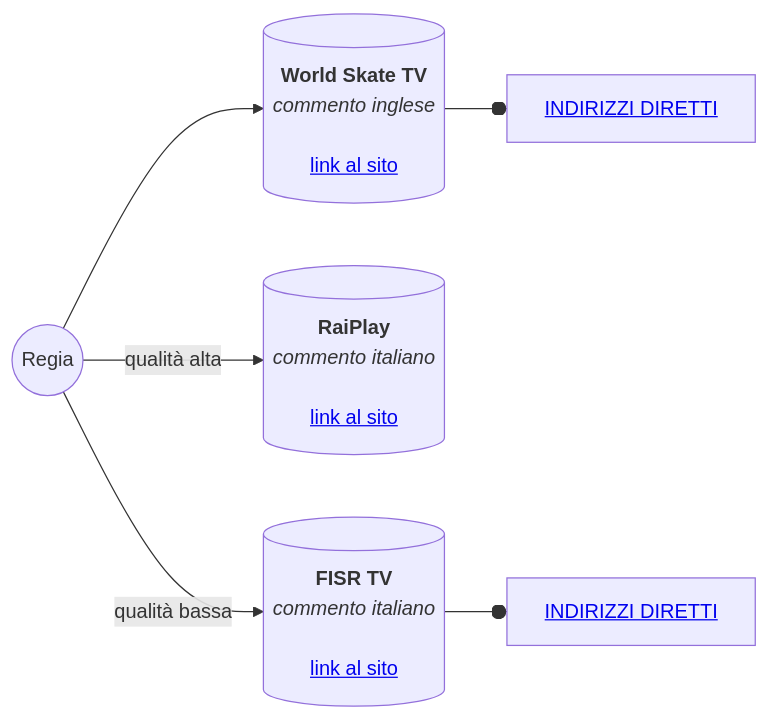
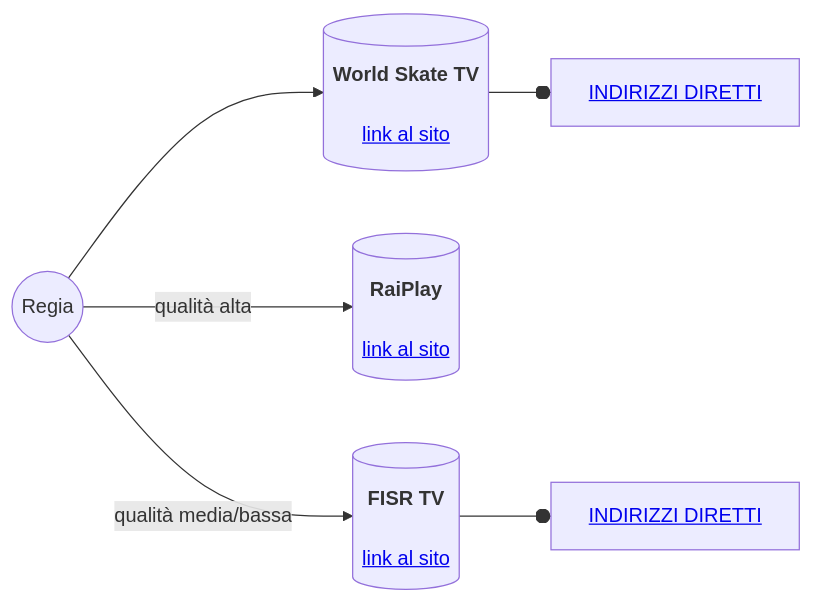
Before and after one commit to aiBR3/WSG2024-video: the diagram in README.md, drawn with Mermaid.

````diff
--- a/README.md
+++ b/README.md
@@ -3,8 +3,8 @@
 ```mermaid
 flowchart LR
-    Regia((Regia)) --> WSG[("<strong>World Skate TV</strong><br><i>commento inglese</i><br><br><a href="https://worldskate.tv/world-skate-games/wsg-2024/wsg-inline-speed-2024" target="_blank">link al sito</a>")]
-    Regia -- qualità alta --> Rai[("<strong>RaiPlay</strong><br><i>commento italiano</i><br><br><a href="https://www.raiplay.it/guidatv?channel=rai-sport" target="_blank">link al sito</a>")]
-    Regia -- qualità bassa --> FISR[("<strong>FISR TV</strong><br><i>commento italiano</i><br><br><a href="https://fisrtv.it/" target="_blank">link al sito</a>")]
+    Regia((Regia)) --> WSG[("<strong>World Skate TV</strong><br><br><a href="https://worldskate.tv/world-skate-games/wsg-2024/wsg-inline-speed-2024" target="_blank">link al sito</a>")]
+    Regia -- qualità alta --> Rai[("<strong>RaiPlay</strong><br><br><a href="https://www.raiplay.it/guidatv?channel=rai-sport" target="_blank">link al sito</a>")]
+    Regia -- qualità media/bassa --> FISR[("<strong>FISR TV</strong><br><br><a href="https://fisrtv.it/" target="_blank">link al sito</a>")]
     WSG --o WSG1["<a href="https://github.com/aiBR3/WSG2024-video#world-skate-tv">INDIRIZZI DIRETTI</a>"]
     FISR --o FISR1["<a href="https://github.com/aiBR3/WSG2024-video#fisr-tv---2024-09-13-0815-pista">INDIRIZZI DIRETTI</a>"]
 ```
````
